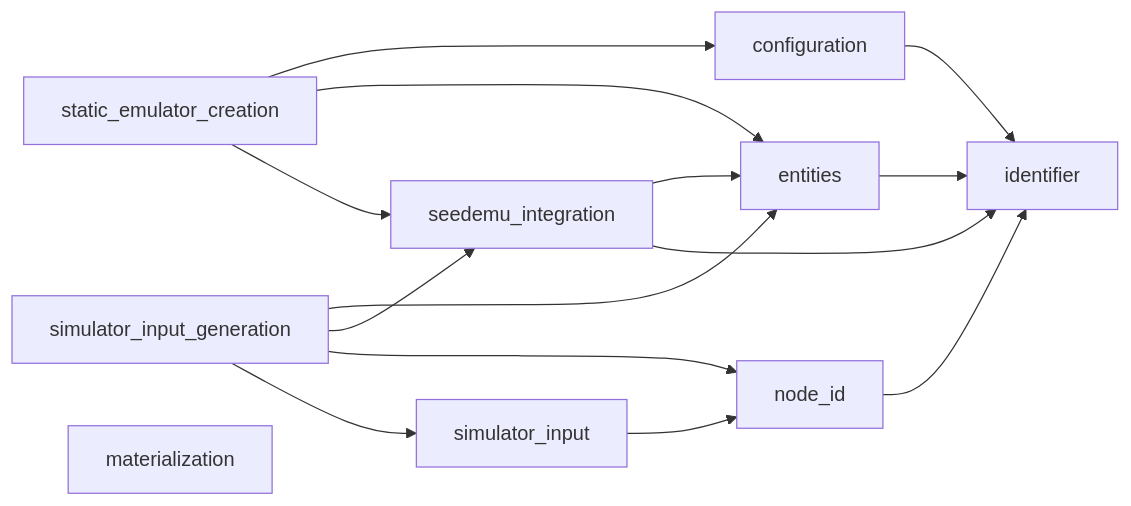
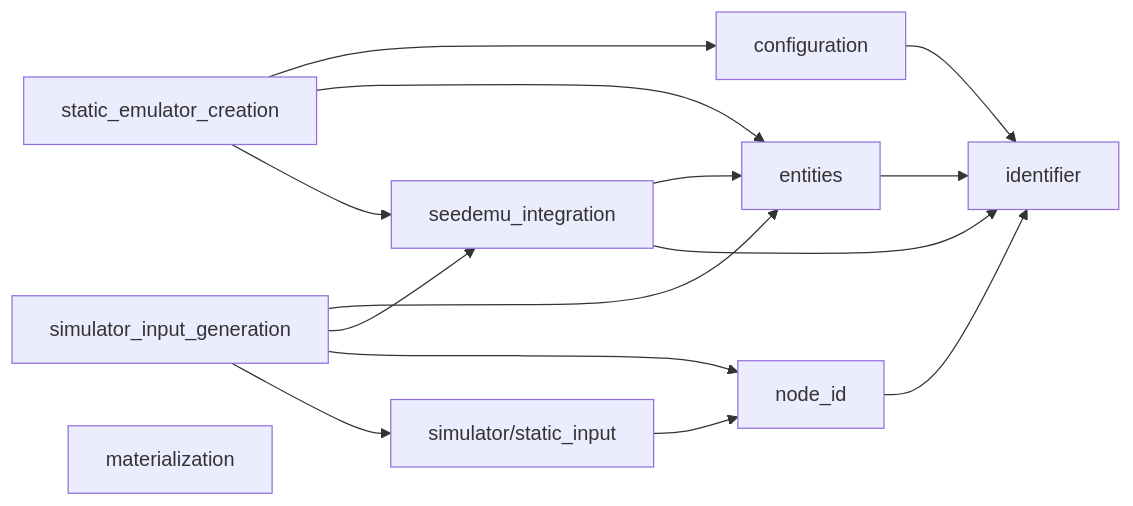
The first of 8 diagrams in skyseed_v2/docs/architecture/diagrams.md (seed-labs/skyseed), drawn with Mermaid before and after one commit. The commit also changed other lines of this file and 41 other files, not shown here.

Commit message:
Move static input under Simulator ownership

````diff
--- a/skyseed_v2/docs/architecture/diagrams.md
+++ b/skyseed_v2/docs/architecture/diagrams.md
@@ -8,26 +9,26 @@
 ```mermaid
 flowchart LR
     ENT[entities]
     SEED[seedemu_integration]
-    INPUT[simulator_input]
+    INPUT[simulator/static_input]
     CONFIG[configuration]
     CREATE[static_emulator_creation]
     GENERATE[simulator_input_generation]
     MAT[materialization]
     NODEID[node_id]
     ID[identifier]
 
     SEED --> ENT
     ENT --> ID
     SEED --> ID
     NODEID --> ID
     INPUT --> NODEID
     CONFIG --> ID
     CREATE --> CONFIG
     CREATE --> ENT
     CREATE --> SEED
     GENERATE --> ENT
     GENERATE --> SEED
     GENERATE --> NODEID
     GENERATE --> INPUT
 ```
````
